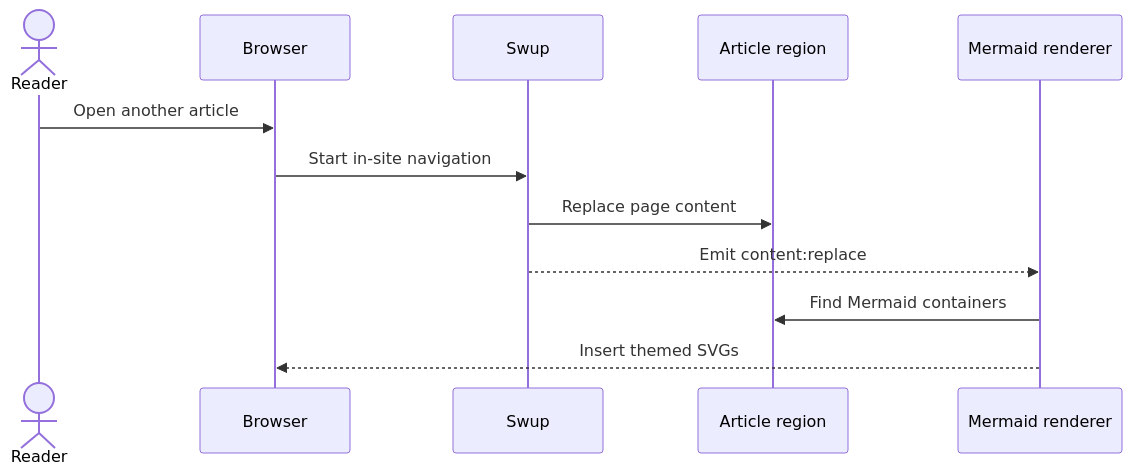
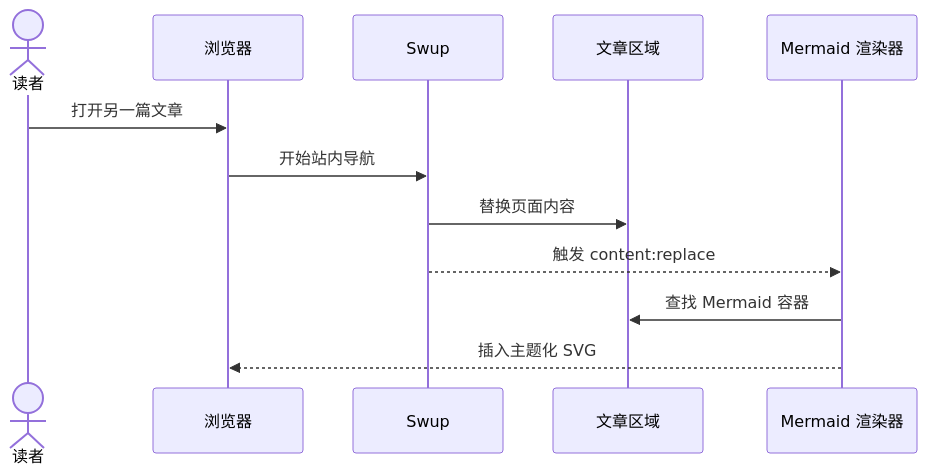
Before and after one commit to TTStudio336/tncloud.fun: the second of 14 diagrams in src/content/posts/markdown-mermaid.md, drawn with Mermaid. The commit also changed other lines of this file and 43 other files, not shown here.

````diff
--- a/src/content/posts/markdown-mermaid.md
+++ b/src/content/posts/markdown-mermaid.md
@@ -33,16 +33,16 @@
 ```mermaid
 sequenceDiagram
-    accTitle: Diagram rendering after in-site navigation
-    accDescr: A reader starts navigation, Swup replaces the article content, and the Mermaid renderer enhances diagrams on the new page.
-    actor Reader
-    participant Browser
+    accTitle: 站内导航后的图表渲染
+    accDescr: 读者发起导航后，Swup 替换文章内容，Mermaid 渲染器再增强新页面中的图表。
+    actor Reader as 读者
+    participant Browser as 浏览器
     participant Swup
-    participant Content as Article region
-    participant Renderer as Mermaid renderer
-    Reader->>Browser: Open another article
-    Browser->>Swup: Start in-site navigation
-    Swup->>Content: Replace page content
-    Swup-->>Renderer: Emit content:replace
-    Renderer->>Content: Find Mermaid containers
-    Renderer-->>Browser: Insert themed SVGs
+    participant Content as 文章区域
+    participant Renderer as Mermaid 渲染器
+    Reader->>Browser: 打开另一篇文章
+    Browser->>Swup: 开始站内导航
+    Swup->>Content: 替换页面内容
+    Swup-->>Renderer: 触发 content:replace
+    Renderer->>Content: 查找 Mermaid 容器
+    Renderer-->>Browser: 插入主题化 SVG
 ```
````
